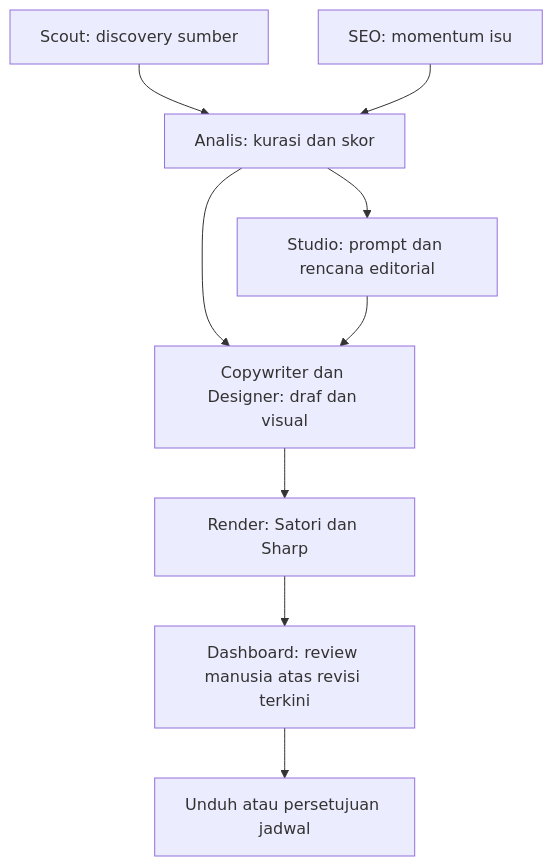
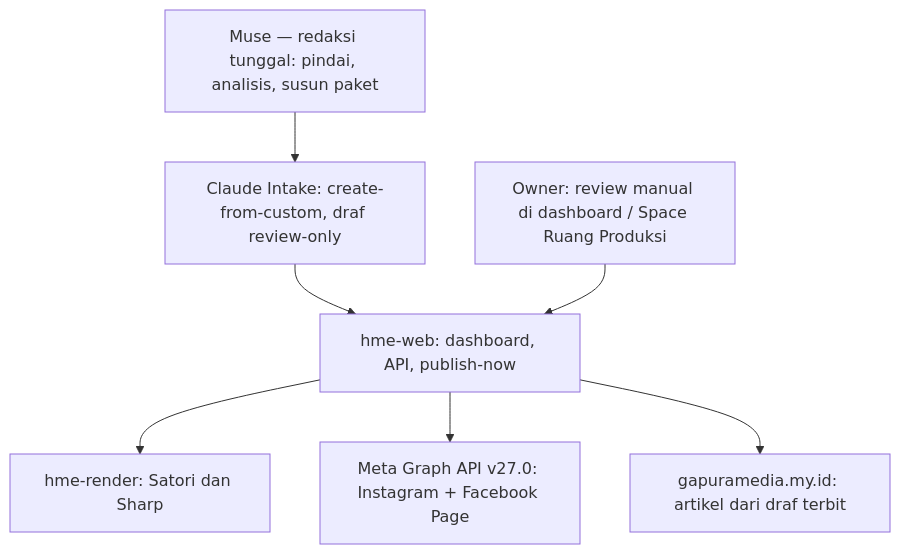
The diagram in README.md (aryarifki/gapura), drawn with Mermaid before and after one commit. The commit also changed other lines of this file and 11 other files, not shown here.

````diff
--- a/README.md
+++ b/README.md
@@ -57,11 +56,9 @@
 ```mermaid
 flowchart TD
-    Scout[Scout: discovery sumber] --> Analis[Analis: kurasi dan skor]
-    SEO[SEO: momentum isu] --> Analis
-    Analis --> Produksi[Copywriter dan Designer: draf dan visual]
-    Analis --> Studio[Studio: prompt dan rencana editorial]
-    Studio --> Produksi
-    Produksi --> Render[Render: Satori dan Sharp]
-    Render --> Review[Dashboard: review manusia atas revisi terkini]
-    Review --> Ekspor[Unduh atau persetujuan jadwal]
+    Muse[Muse — redaksi tunggal: pindai, analisis, susun paket] --> Intake[Claude Intake: create-from-custom, draf review-only]
+    Intake --> Web[hme-web: dashboard, API, publish-now]
+    Web --> Render[hme-render: Satori dan Sharp]
+    Web --> Meta[Meta Graph API v27.0: Instagram + Facebook Page]
+    Web --> Site[gapuramedia.my.id: artikel dari draf terbit]
+    Owner[Owner: review manual di dashboard / Space Ruang Produksi] --> Web
 ```
````
